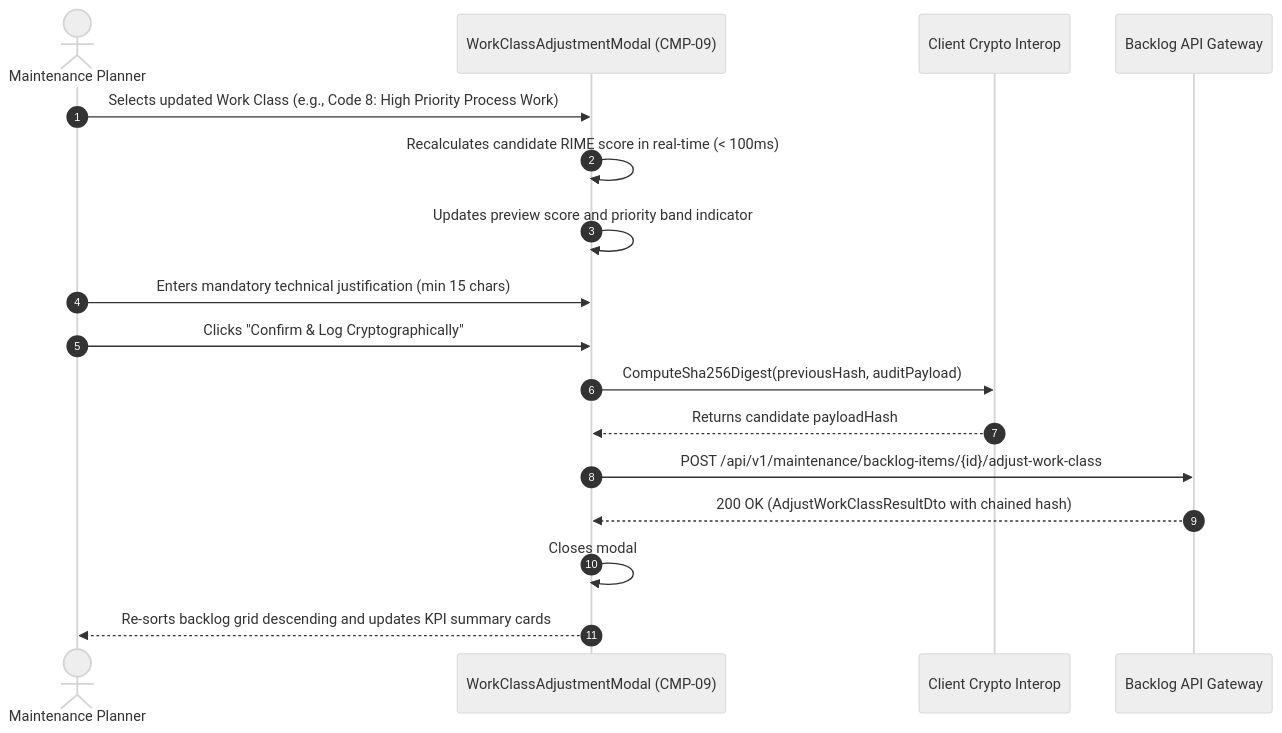
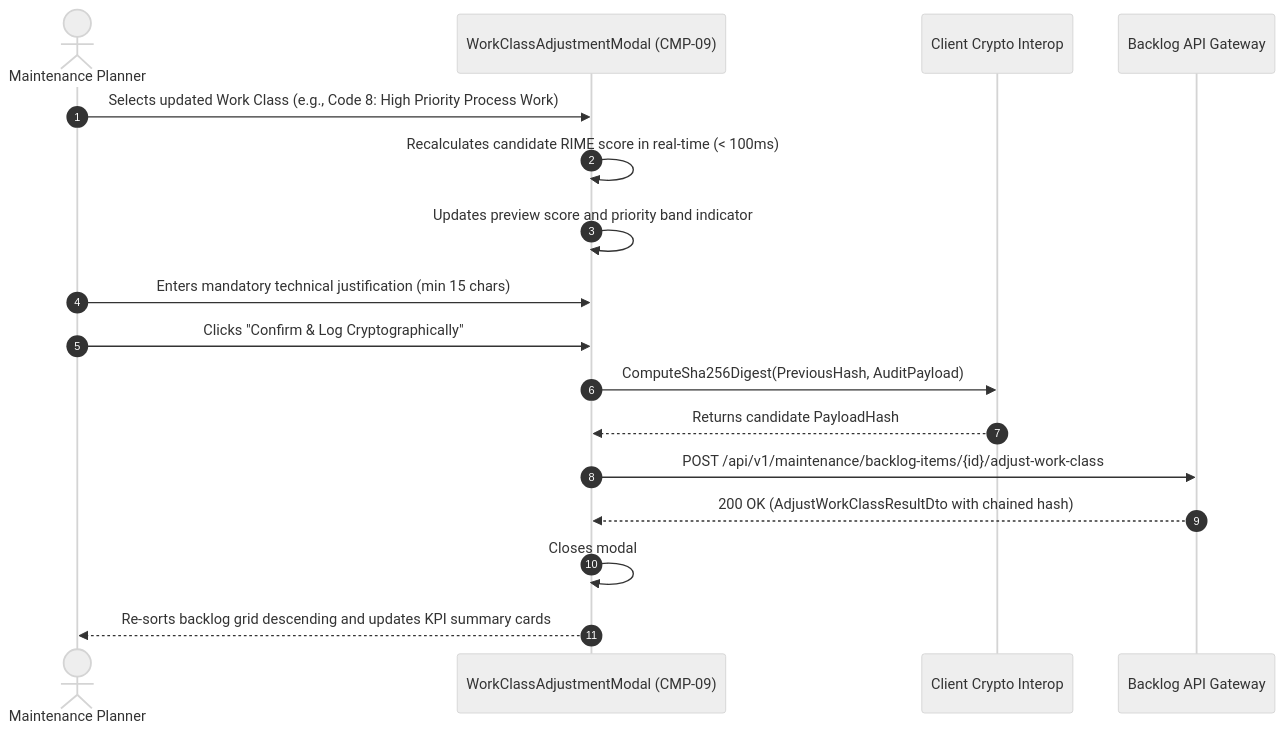
One commit to Novav20/adso-dteam-docs changed the second of 2 diagrams in ui-ux/screens/mtto/SCR-MTTO-026.md. Above: the diagram before and after it, drawn with Mermaid (neutral theme). The commit also changed other lines of this file, not shown here.

````diff
--- a/ui-ux/screens/mtto/SCR-MTTO-026.md
+++ b/ui-ux/screens/mtto/SCR-MTTO-026.md
@@ -138,20 +138,20 @@
 ```mermaid
 sequenceDiagram
     autonumber
     actor Planner as Maintenance Planner
     participant Modal as WorkClassAdjustmentModal (CMP-09)
     participant Interop as Client Crypto Interop
     participant API as Backlog API Gateway
 
     Planner->>Modal: Selects updated Work Class (e.g., Code 8: High Priority Process Work)
     Modal->>Modal: Recalculates candidate RIME score in real-time (< 100ms)
     Modal->>Modal: Updates preview score and priority band indicator
     Planner->>Modal: Enters mandatory technical justification (min 15 chars)
     Planner->>Modal: Clicks "Confirm & Log Cryptographically"
-    Modal->>Interop: ComputeSha256Digest(previousHash, auditPayload)
-    Interop-->>Modal: Returns candidate payloadHash
+    Modal->>Interop: ComputeSha256Digest(PreviousHash, AuditPayload)
+    Interop-->>Modal: Returns candidate PayloadHash
     Modal->>API: POST /api/v1/maintenance/backlog-items/{id}/adjust-work-class
     API-->>Modal: 200 OK (AdjustWorkClassResultDto with chained hash)
     Modal->>Modal: Closes modal
     Modal-->>Planner: Re-sorts backlog grid descending and updates KPI summary cards
 ```
````
